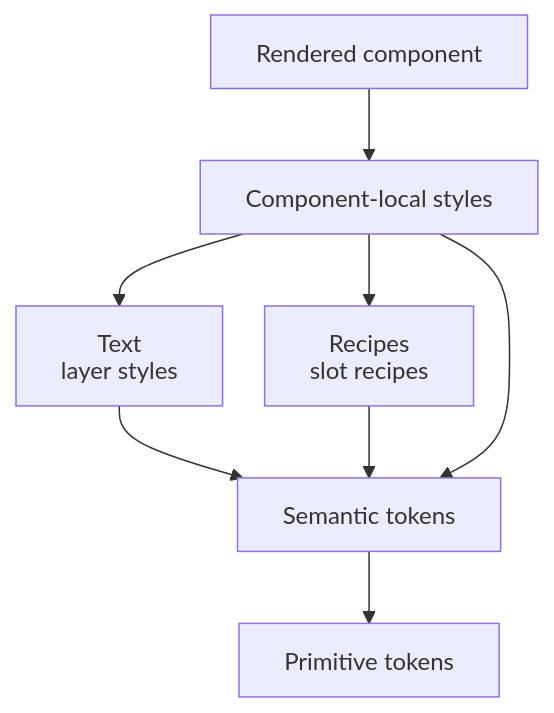
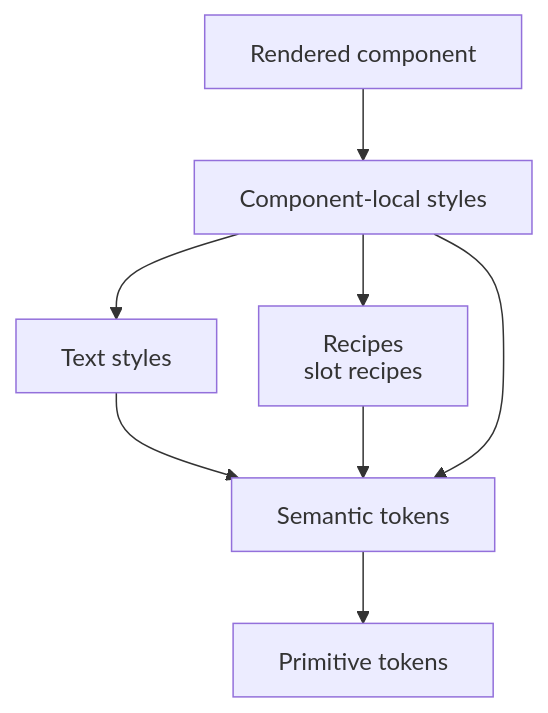
Before and after one commit to AndresTaoFlorez/software-architecture: the first of 7 diagrams in architecture/frontend/styling-and-design-system.md, drawn with Mermaid. The commit also changed 5 other files, not shown here.

````diff
--- a/architecture/frontend/styling-and-design-system.md
+++ b/architecture/frontend/styling-and-design-system.md
@@ -35,11 +35,11 @@
 ```mermaid
 %%{init: {"htmlLabels": false, "flowchart": {"htmlLabels": false, "nodeSpacing": 28, "rankSpacing": 48, "diagramPadding": 20, "wrappingWidth": 280}, "sequence": {"wrap": true, "diagramMarginX": 20, "diagramMarginY": 20}}}%%
 flowchart TD
     S["Semantic tokens"] --> P["Primitive tokens"]
-    T["Text<br/>layer styles"] --> S
+    T["Text styles"] --> S
     R["Recipes<br/>slot recipes"] --> S
     C["Component-local styles"] --> S
     C --> T
     C --> R
     V["Rendered component"] --> C
 ```
````
